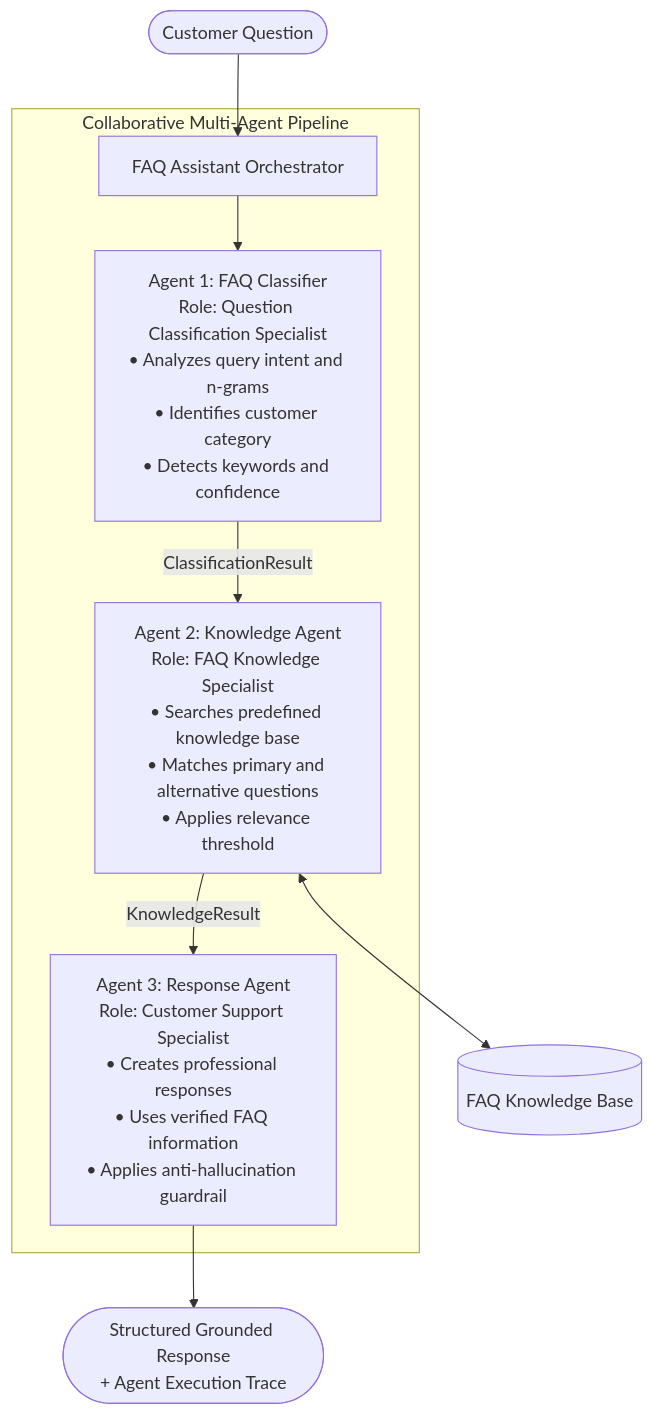
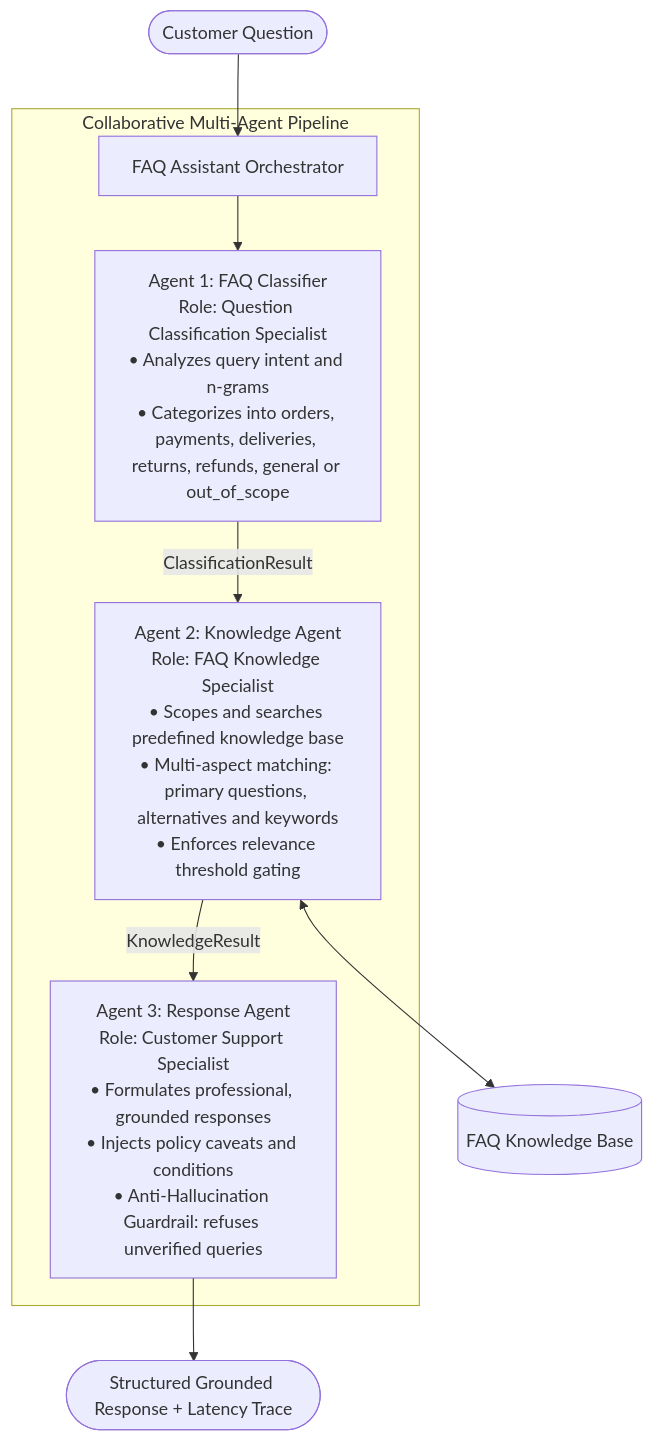
Before and after one commit to haniaeman2026-pixel/ShopSmart-AI: the diagram in README.md, drawn with Mermaid. The commit also changed other lines of this file, not shown here.

````diff
--- a/README.md
+++ b/README.md
@@ -47,18 +37,18 @@
 ```mermaid
 flowchart TD
     User([Customer Question]) --> Orchestrator[FAQ Assistant Orchestrator]
 
     subgraph MultiAgentPipeline["Collaborative Multi-Agent Pipeline"]
 
-        Orchestrator --> Agent1["Agent 1: FAQ Classifier<br/>Role: Question Classification Specialist<br/>• Analyzes query intent and n-grams<br/>• Identifies customer category<br/>• Detects keywords and confidence"]
+        Orchestrator --> Agent1["Agent 1: FAQ Classifier<br/>Role: Question Classification Specialist<br/>• Analyzes query intent and n-grams<br/>• Categorizes into orders, payments, deliveries, returns, refunds, general or out_of_scope"]
 
-        Agent1 -->|ClassificationResult| Agent2["Agent 2: Knowledge Agent<br/>Role: FAQ Knowledge Specialist<br/>• Searches predefined knowledge base<br/>• Matches primary and alternative questions<br/>• Applies relevance threshold"]
+        Agent1 -->|ClassificationResult| Agent2["Agent 2: Knowledge Agent<br/>Role: FAQ Knowledge Specialist<br/>• Scopes and searches predefined knowledge base<br/>• Multi-aspect matching: primary questions, alternatives and keywords<br/>• Enforces relevance threshold gating"]
 
-        Agent2 -->|KnowledgeResult| Agent3["Agent 3: Response Agent<br/>Role: Customer Support Specialist<br/>• Creates professional responses<br/>• Uses verified FAQ information<br/>• Applies anti-hallucination guardrail"]
+        Agent2 -->|KnowledgeResult| Agent3["Agent 3: Response Agent<br/>Role: Customer Support Specialist<br/>• Formulates professional, grounded responses<br/>• Injects policy caveats and conditions<br/>• Anti-Hallucination Guardrail: refuses unverified queries"]
 
     end
 
     Agent2 <--> KnowledgeBase[(FAQ Knowledge Base)]
 
-    Agent3 --> FinalOutput([Structured Grounded Response<br/>+ Agent Execution Trace])
+    Agent3 --> FinalOutput([Structured Grounded Response + Latency Trace])
 ```
````
